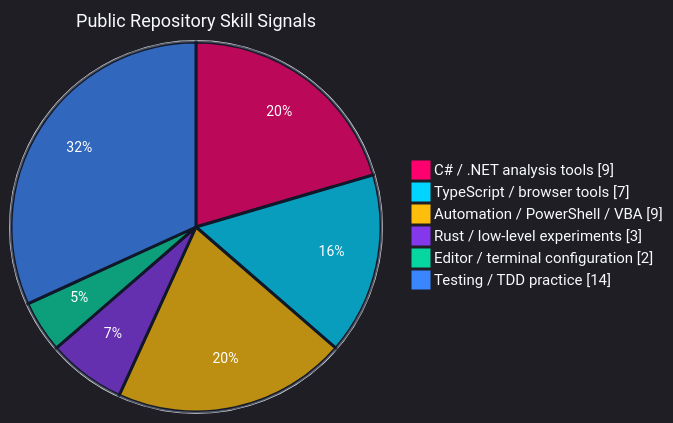
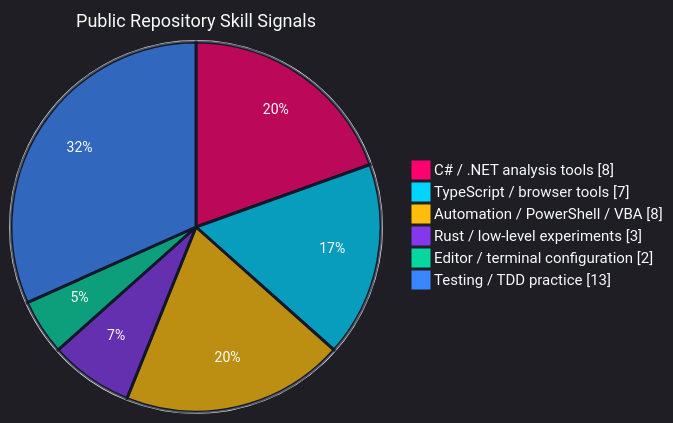
The first of 4 diagrams in README.md (SSsan-00/SSsan-00), drawn with Mermaid before and after one commit. The commit also changed other lines of this file and 2 other files, not shown here.

````diff
--- a/README.md
+++ b/README.md
@@ -44,11 +44,11 @@
 ```mermaid
 %%{init: {"theme":"dark","themeVariables":{"background":"#0f172a","mainBkg":"#0f172a","textColor":"#f8fafc","primaryTextColor":"#f8fafc","pieStrokeColor":"#0f172a","pieStrokeWidth":"3px","pieOuterStrokeColor":"#f8fafc","pieOuterStrokeWidth":"2px","pieTitleTextColor":"#f8fafc","pieTitleTextSize":"18px","pieLegendTextColor":"#f8fafc","pieLegendTextSize":"15px","pieSectionTextColor":"#ffffff","pieSectionTextSize":"14px","pie1":"#ff006e","pie2":"#00d4ff","pie3":"#ffbe0b","pie4":"#8338ec","pie5":"#06d6a0","pie6":"#3a86ff"}}}%%
 pie showData
   title Public Repository Skill Signals
-  "C# / .NET analysis tools" : 9
+  "C# / .NET analysis tools" : 8
   "TypeScript / browser tools" : 7
-  "Automation / PowerShell / VBA" : 9
+  "Automation / PowerShell / VBA" : 8
   "Rust / low-level experiments" : 3
   "Editor / terminal configuration" : 2
-  "Testing / TDD practice" : 14
+  "Testing / TDD practice" : 13
 ```
````
